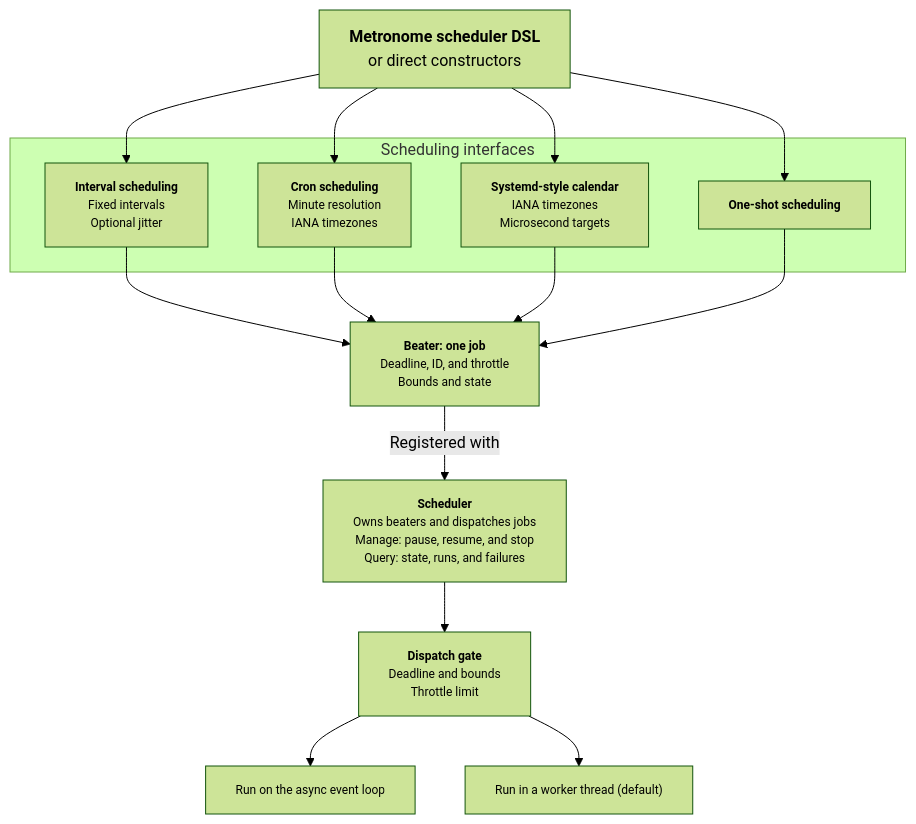
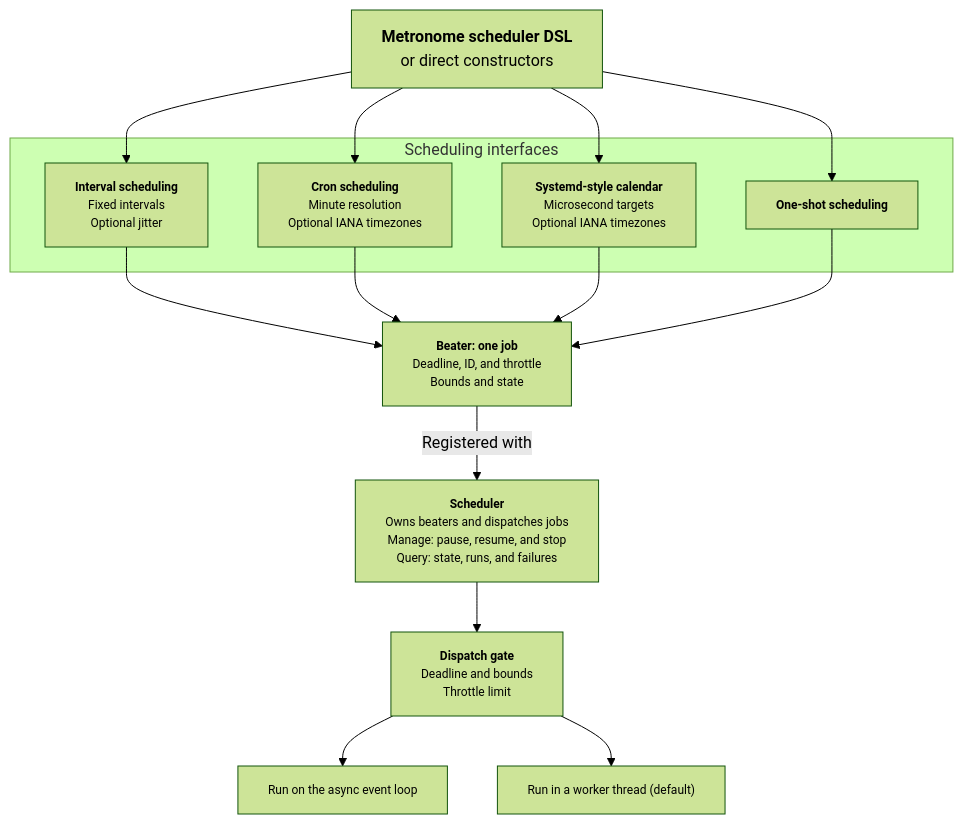
The diagram in README.md (titanomachy/Metronome), drawn with Mermaid (forest theme) before and after one commit. The commit also changed other lines of this file, not shown here.

````diff
--- a/README.md
+++ b/README.md
@@ -32,45 +32,45 @@
 ```mermaid
 flowchart TB
   DSL["`**Metronome scheduler DSL**
   or direct constructors`"]
 
   subgraph INTERFACES["Scheduling interfaces"]
     EVERY["`**Interval scheduling**
     Fixed intervals
     Optional jitter`"]
     CRON["`**Cron scheduling**
     Minute resolution
-    IANA timezones`"]
+    Optional IANA timezones`"]
     TIMER["`**Systemd-style calendar**
-    IANA timezones
-    Microsecond targets`"]
+    Microsecond targets
+    Optional IANA timezones`"]
     AT["`**One-shot scheduling**`"]
   end
 
   DSL --> EVERY
   DSL --> CRON
   DSL --> TIMER
   DSL --> AT
 
   EVERY --> BEATER
   CRON --> BEATER
   TIMER --> BEATER
   AT --> BEATER
 
   BEATER["`**Beater: one job**
   Deadline, ID, and throttle
   Bounds and state`"]
   BEATER -->|Registered with| SCHEDULER["`**Scheduler**
   Owns beaters and dispatches jobs
   Manage: pause, resume, and stop
   Query: state, runs, and failures`"]
 
   SCHEDULER --> GATE["`**Dispatch gate**
   Deadline and bounds
   Throttle limit`"]
   GATE --> ASYNC["Run on the async event loop"]
   GATE --> THREAD["Run in a worker thread (default)"]
 
   classDef compact font-size:12px;
   class EVERY,CRON,TIMER,AT,BEATER,SCHEDULER,GATE,ASYNC,THREAD compact;
 ```
````
